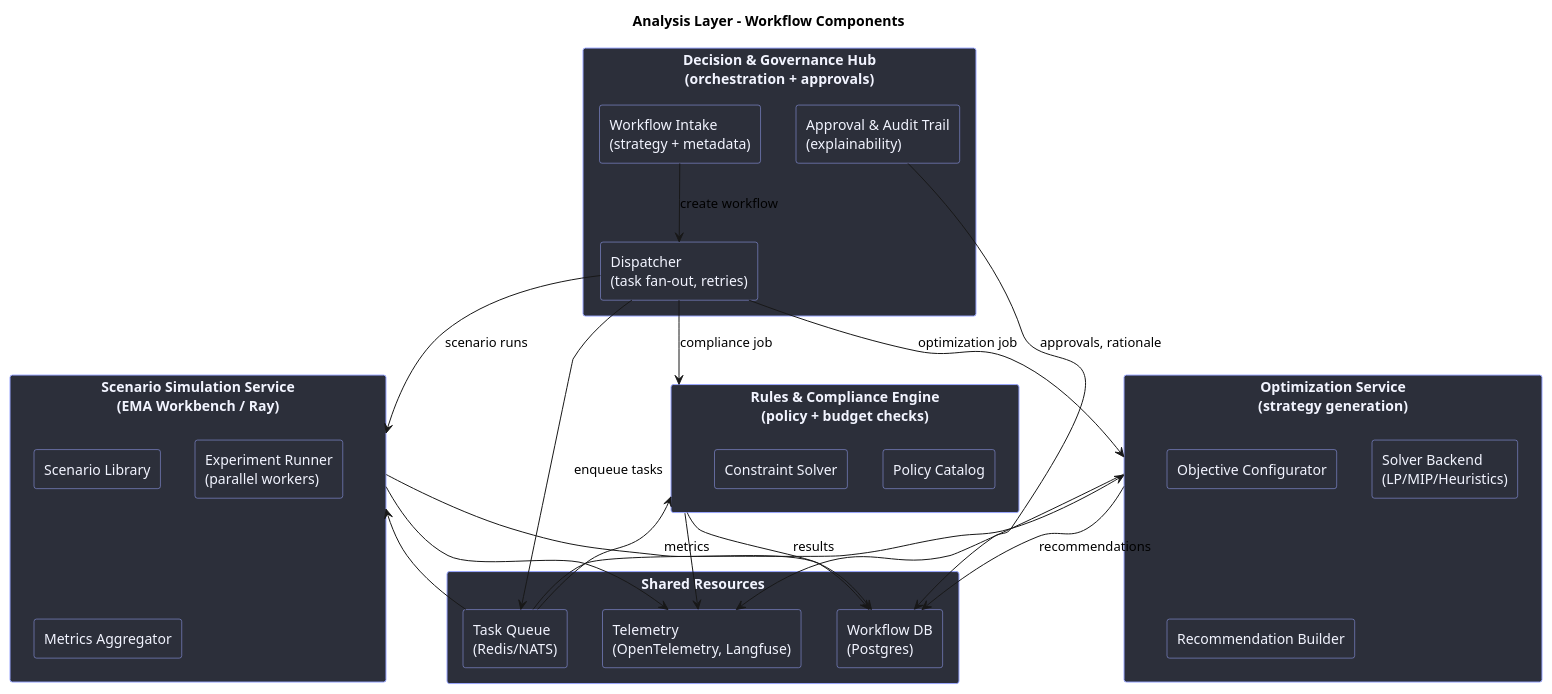
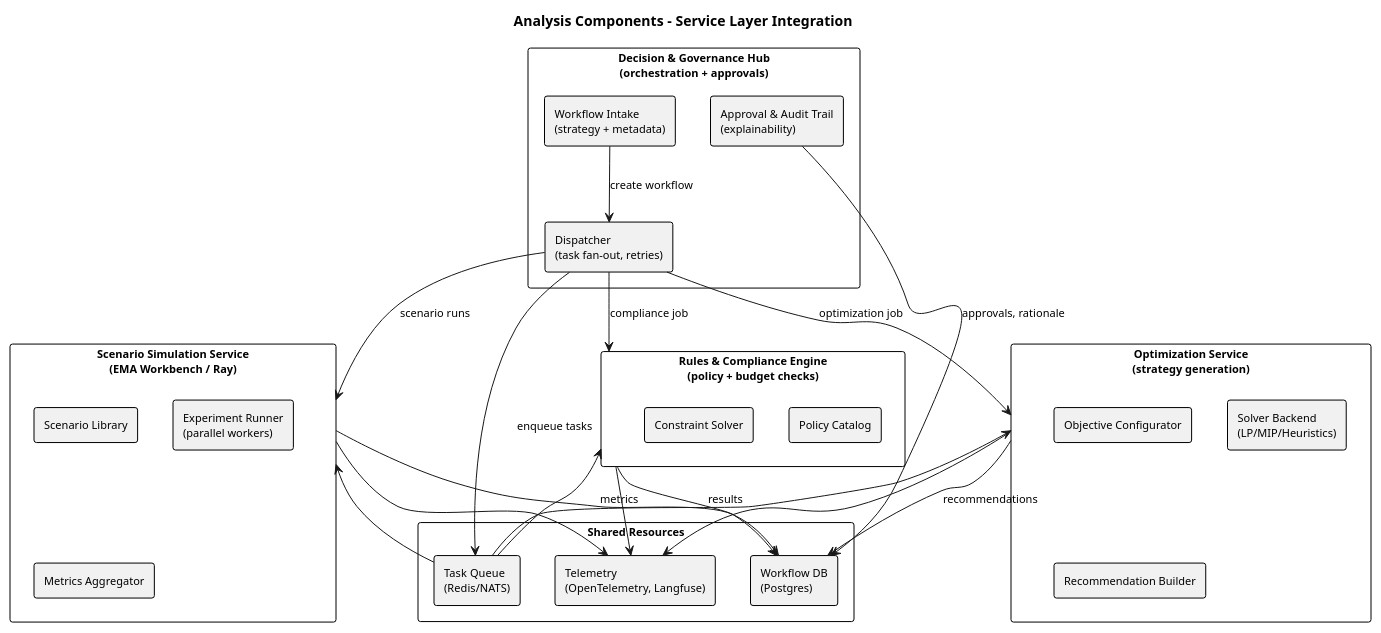
Before and after one commit to HenryNVP/strategic_planning_AI: the diagram in architecture/analysis_layer_details.puml, drawn with PlantUML. The commit also changed 19 other files, not shown here.

Commit message:
simplified architecture

```diff
--- a/architecture/analysis_layer_details.puml
+++ b/architecture/analysis_layer_details.puml
@@ -1,61 +1,61 @@
 @startuml analysis_layer_details
-title Analysis Layer – Workflow Components
+title Analysis Components – Service Layer Integration
 
 skinparam shadowing false
-skinparam defaultFontName "Segoe UI"
+skinparam defaultFontName Arial
+skinparam defaultFontSize 11
 skinparam rectangle {
-  BackgroundColor #2C2F3A
-  FontColor #F2F4FF
-  BorderColor #9AA7FF
+  BorderColor #000000
+  BorderThickness 1
 }
 
 rectangle "Decision & Governance Hub\n(orchestration + approvals)" as DECISION {
   rectangle "Workflow Intake\n(strategy + metadata)" as INTAKE
   rectangle "Approval & Audit Trail\n(explainability)" as AUDIT
   rectangle "Dispatcher\n(task fan-out, retries)" as DISPATCH
 }
 
 rectangle "Rules & Compliance Engine\n(policy + budget checks)" as RULES {
   rectangle "Policy Catalog" as POLICY
   rectangle "Constraint Solver" as CONSTRAINT
 }
 
 rectangle "Scenario Simulation Service\n(EMA Workbench / Ray)" as SCENARIO {
   rectangle "Scenario Library" as LIBRARY
   rectangle "Experiment Runner\n(parallel workers)" as RUNNER
   rectangle "Metrics Aggregator" as METRICS
 }
 
 rectangle "Optimization Service\n(strategy generation)" as OPTIM {
   rectangle "Objective Configurator" as OBJECTIVE
   rectangle "Solver Backend\n(LP/MIP/Heuristics)" as SOLVER
   rectangle "Recommendation Builder" as RECOMMEND
 }
 
 rectangle "Shared Resources" as SHARED {
   rectangle "Task Queue\n(Redis/NATS)" as QUEUE
   rectangle "Workflow DB\n(Postgres)" as WORKFLOW_DB
   rectangle "Telemetry\n(OpenTelemetry, Langfuse)" as TELEMETRY
 }
 
 INTAKE --> DISPATCH : create workflow
 DISPATCH --> RULES : compliance job
 DISPATCH --> SCENARIO : scenario runs
 DISPATCH --> OPTIM : optimization job
 
 RULES --> WORKFLOW_DB : results
 SCENARIO --> WORKFLOW_DB : metrics
 OPTIM --> WORKFLOW_DB : recommendations
 
 RULES --> TELEMETRY
 SCENARIO --> TELEMETRY
 OPTIM --> TELEMETRY
 
 DISPATCH --> QUEUE : enqueue tasks
 QUEUE --> RULES
 QUEUE --> SCENARIO
 QUEUE --> OPTIM
 
 AUDIT --> WORKFLOW_DB : approvals, rationale
 
 @enduml
```
